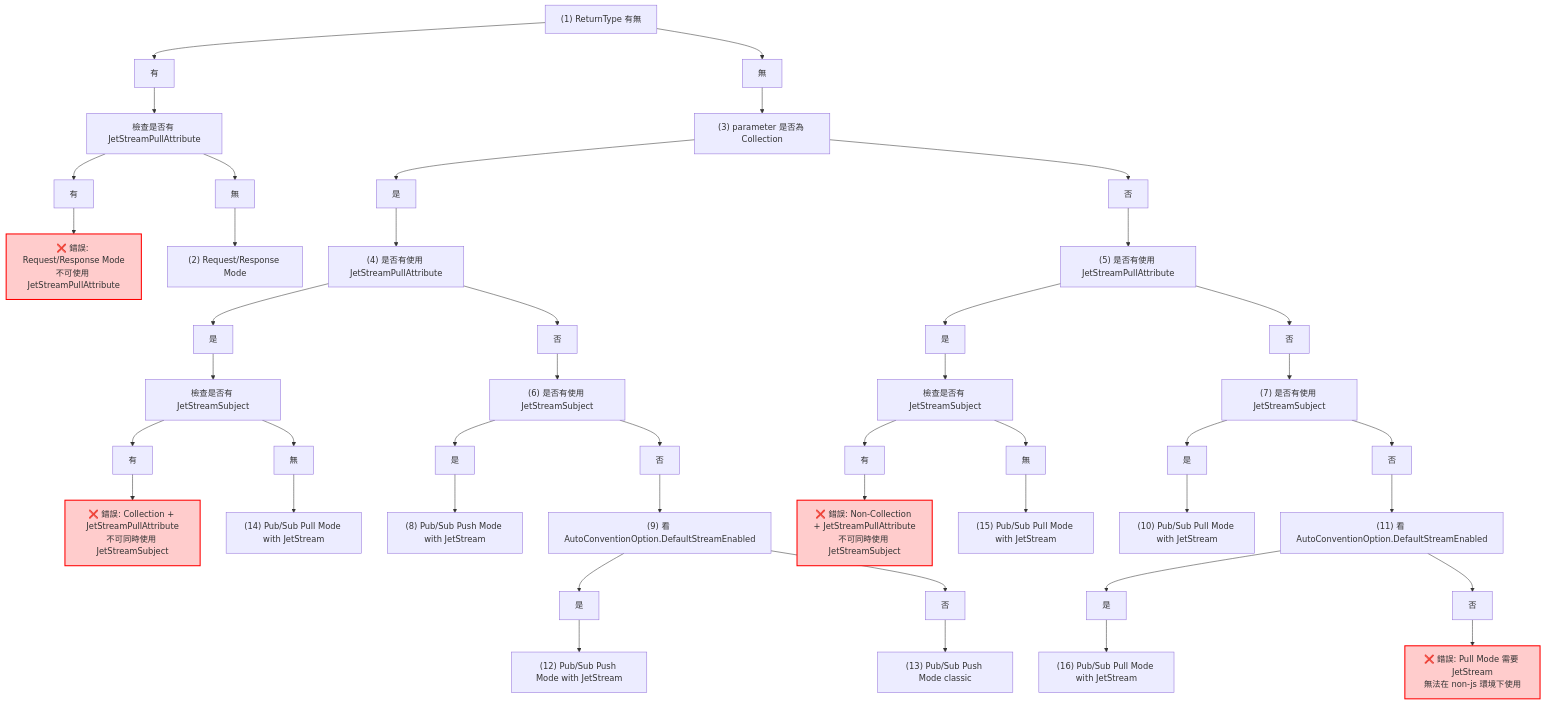
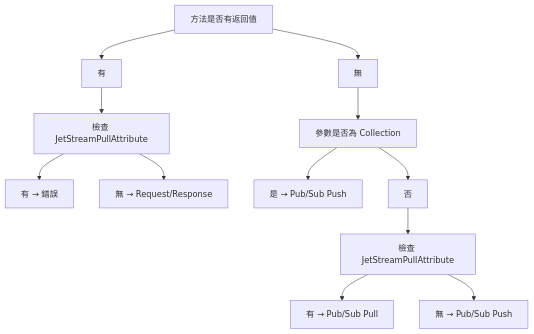
One commit to intervalrain/ServiceFramework changed the diagram in src/EdgeSync.ServiceFramework.AspNetCore.Mvc/README.md. Above: the diagram before and after it, drawn with Mermaid. The commit also changed other lines of this file and 6 other files, not shown here.

````diff
--- a/src/EdgeSync.ServiceFramework.AspNetCore.Mvc/README.md
+++ b/src/EdgeSync.ServiceFramework.AspNetCore.Mvc/README.md
@@ -4,63 +13,17 @@
 ```mermaid
 flowchart TD
-    A["(1) ReturnType 有無"] --> B["有"]
+    A["方法是否有返回值"] --> B["有"]
     A --> C["無"]
     
-    B --> B1["檢查是否有 JetStreamPullAttribute"]
-    B1 --> B2["有"]
-    B1 --> B3["無"]
-    B2 --> ERROR1["❌ 錯誤: Request/Response Mode<br/>不可使用 JetStreamPullAttribute"]
-    B3 --> D["(2) Request/Response Mode"]
+    B --> B1["檢查 JetStreamPullAttribute"]
+    B1 --> B2["有 → 錯誤"]
+    B1 --> B3["無 → Request/Response"]
     
-    C --> E["(3) parameter 是否為 Collection"]
-    E --> F["是"]
+    C --> E["參數是否為 Collection"]
+    E --> F["是 → Pub/Sub Push"]
     E --> G["否"]
     
-    F --> H["(4) 是否有使用 JetStreamPullAttribute"]
-    H --> I["是"]
-    H --> J["否"]
-    
-    G --> K["(5) 是否有使用 JetStreamPullAttribute"]
-    K --> L["是"]
-    K --> M["否"]
-    
-    I --> I1["檢查是否有 JetStreamSubject"]
-    I1 --> I2["有"]
-    I1 --> I3["無"]
-    I2 --> ERROR2["❌ 錯誤: Collection + JetStreamPullAttribute<br/>不可同時使用 JetStreamSubject"]
-    I3 --> N["(14) Pub/Sub Pull Mode with JetStream"]
-    
-    J --> O["(6) 是否有使用 JetStreamSubject"]
-    O --> P["是"]
-    O --> Q["否"]
-    
-    L --> L1["檢查是否有 JetStreamSubject"]
-    L1 --> L2["有"]
-    L1 --> L3["無"]
-    L2 --> ERROR3["❌ 錯誤: Non-Collection + JetStreamPullAttribute<br/>不可同時使用 JetStreamSubject"]
-    L3 --> R["(15) Pub/Sub Pull Mode with JetStream"]
-    
-    M --> S["(7) 是否有使用 JetStreamSubject"]
-    S --> T["是"]
-    S --> U["否"]
-    
-    P --> V["(8) Pub/Sub Push Mode with JetStream"]
-    
-    Q --> W["(9) 看 AutoConventionOption.DefaultStreamEnabled"]
-    W --> X["是"]
-    W --> Y["否"]
-    
-    T --> Z["(10) Pub/Sub Pull Mode with JetStream"]
-    
-    U --> AA["(11) 看 AutoConventionOption.DefaultStreamEnabled"]
-    AA --> BB["是"]
-    AA --> CC["否"]
-    
-    X --> DD["(12) Pub/Sub Push Mode with JetStream"]
-    Y --> EE["(13) Pub/Sub Push Mode classic"]
-    BB --> FF["(16) Pub/Sub Pull Mode with JetStream"]
-    CC --> ERROR4["❌ 錯誤: Pull Mode 需要 JetStream<br/>無法在 non-js 環境下使用"]
-    
-    classDef errorStyle fill:#ffcccc,stroke:#ff0000,stroke-width:2px
-    class ERROR1,ERROR2,ERROR3,ERROR4 errorStyle
+    G --> H["檢查 JetStreamPullAttribute"]
+    H --> I["有 → Pub/Sub Pull"]
+    H --> J["無 → Pub/Sub Push"]
 ```
````
